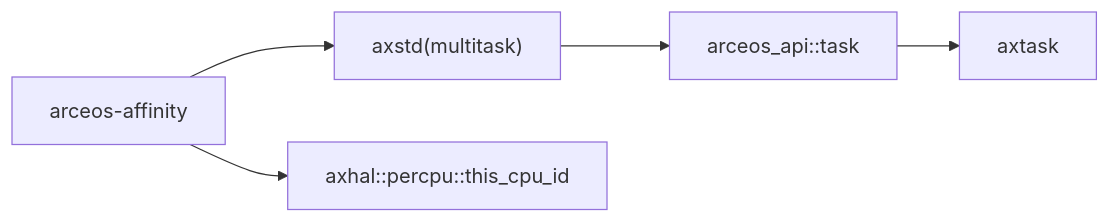
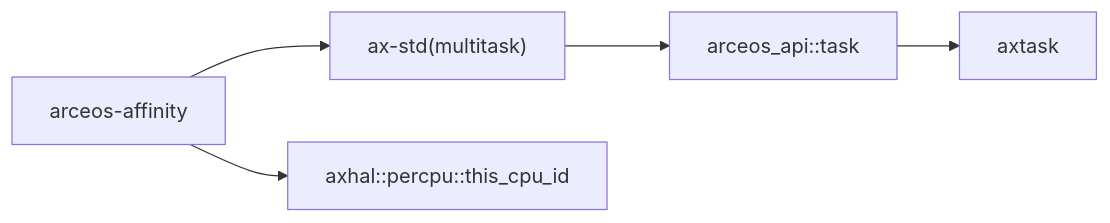
One commit to zKurisu/tgoskits changed the second of 2 diagrams in docs/crates/arceos-affinity.md. Above: the diagram before and after it, drawn with Mermaid. The commit also changed other lines of this file and 153 other files, not shown here.

Commit message:
rename axstd to ax-std

````diff
--- a/docs/crates/arceos-affinity.md
+++ b/docs/crates/arceos-affinity.md
@@ -83,7 +83,7 @@
 ```mermaid
 graph LR
-    test["arceos-affinity"] --> axstd["axstd(multitask)"]
-    axstd --> arceos_api["arceos_api::task"]
+    test["arceos-affinity"] --> ax-std["ax-std(multitask)"]
+    ax-std --> arceos_api["arceos_api::task"]
     arceos_api --> axtask["axtask"]
     test --> axhal["axhal::percpu::this_cpu_id"]
 ```
````
